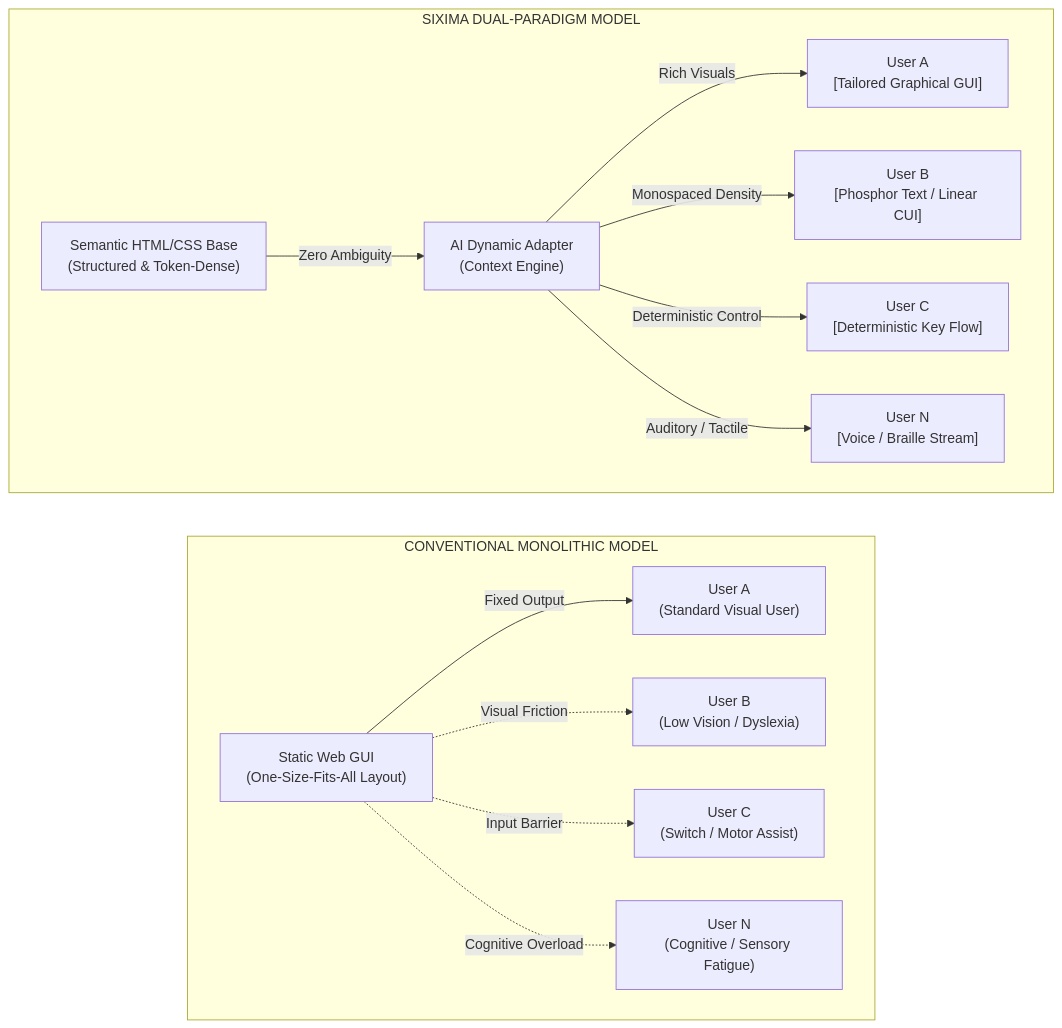
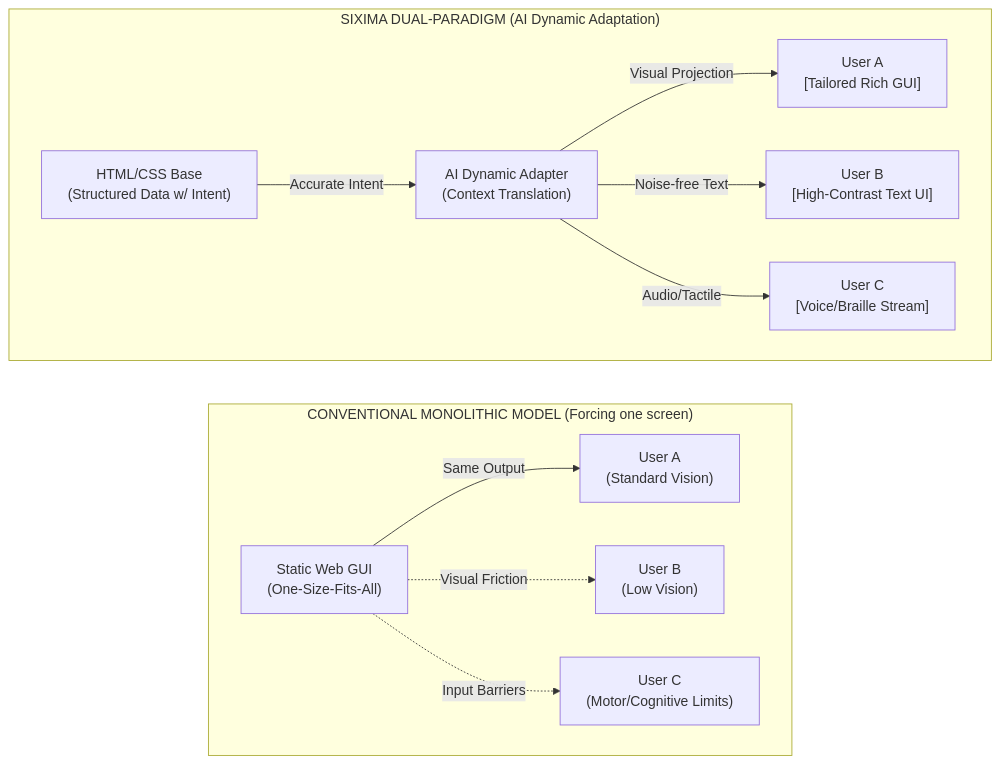
The first of 2 diagrams in README.md (sixima-electric/sixima), drawn with Mermaid before and after one commit. The commit also changed other lines of this file, not shown here.

````diff
--- a/README.md
+++ b/README.md
@@ -55,33 +64,29 @@
 ```mermaid
 flowchart LR
-    subgraph Conventional ["CONVENTIONAL MONOLITHIC MODEL"]
+    subgraph Conventional ["CONVENTIONAL MONOLITHIC MODEL (Forcing one screen)"]
         direction LR
-        D["Static Web GUI<br/>(One-Size-Fits-All Layout)"]
-        U1["User A<br/>(Standard Visual User)"]
-        U2["User B<br/>(Low Vision / Dyslexia)"]
-        U3["User C<br/>(Switch / Motor Assist)"]
-        UN["User N<br/>(Cognitive / Sensory Fatigue)"]
+        D["Static Web GUI<br/>(One-Size-Fits-All)"]
+        U1["User A<br/>(Standard Vision)"]
+        U2["User B<br/>(Low Vision)"]
+        U3["User C<br/>(Motor/Cognitive Limits)"]
 
-        D -->|Fixed Output| U1
+        D -->|Same Output| U1
         D -.->|Visual Friction| U2
-        D -.->|Input Barrier| U3
-        D -.->|Cognitive Overload| UN
+        D -.->|Input Barriers| U3
     end
 
-    subgraph Sixima ["SIXIMA DUAL-PARADIGM MODEL"]
+    subgraph Sixima ["SIXIMA DUAL-PARADIGM (AI Dynamic Adaptation)"]
         direction LR
-        B["Semantic HTML/CSS Base<br/>(Structured & Token-Dense)"]
-        AI["AI Dynamic Adapter<br/>(Context Engine)"]
-        SU1["User A<br/>[Tailored Graphical GUI]"]
-        SU2["User B<br/>[Phosphor Text / Linear CUI]"]
-        SU3["User C<br/>[Deterministic Key Flow]"]
-        SUN["User N<br/>[Voice / Braille Stream]"]
+        B["HTML/CSS Base<br/>(Structured Data w/ Intent)"]
+        AI["AI Dynamic Adapter<br/>(Context Translation)"]
+        SU1["User A<br/>[Tailored Rich GUI]"]
+        SU2["User B<br/>[High-Contrast Text UI]"]
+        SU3["User C<br/>[Voice/Braille Stream]"]
 
-        B -->|Zero Ambiguity| AI
-        AI -->|Rich Visuals| SU1
-        AI -->|Monospaced Density| SU2
-        AI -->|Deterministic Control| SU3
-        AI -->|Auditory / Tactile| SUN
+        B -->|Accurate Intent| AI
+        AI -->|Visual Projection| SU1
+        AI -->|Noise-free Text| SU2
+        AI -->|Audio/Tactile| SU3
     end
 
 ```
````
